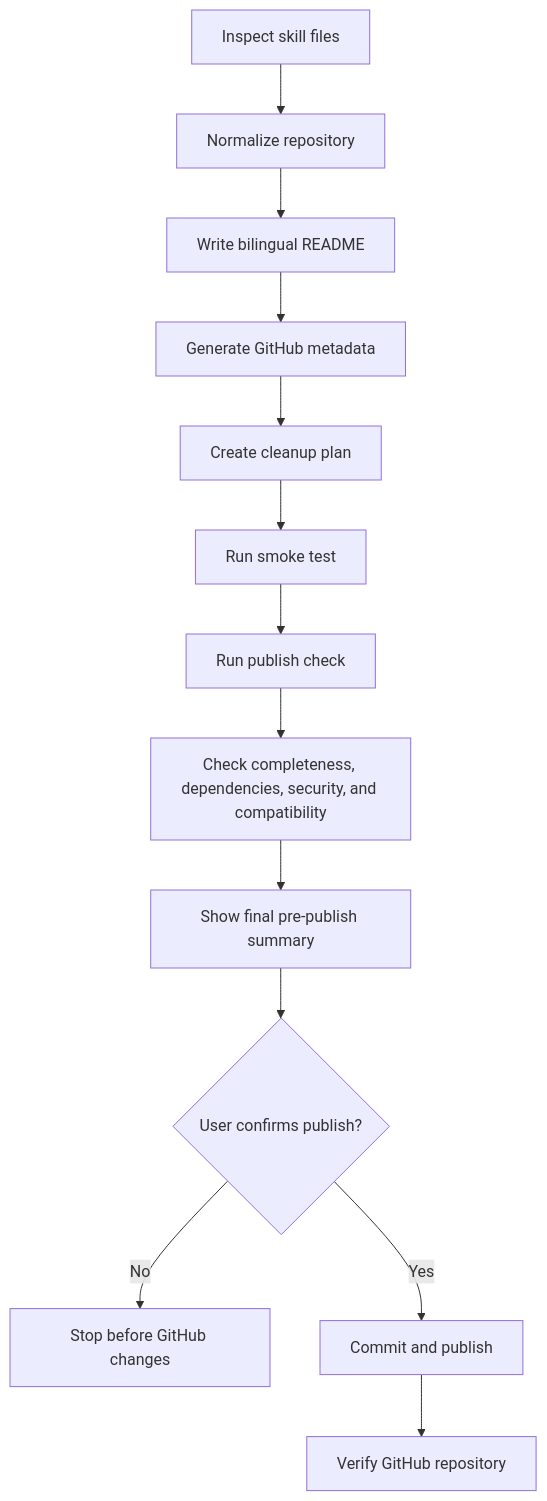
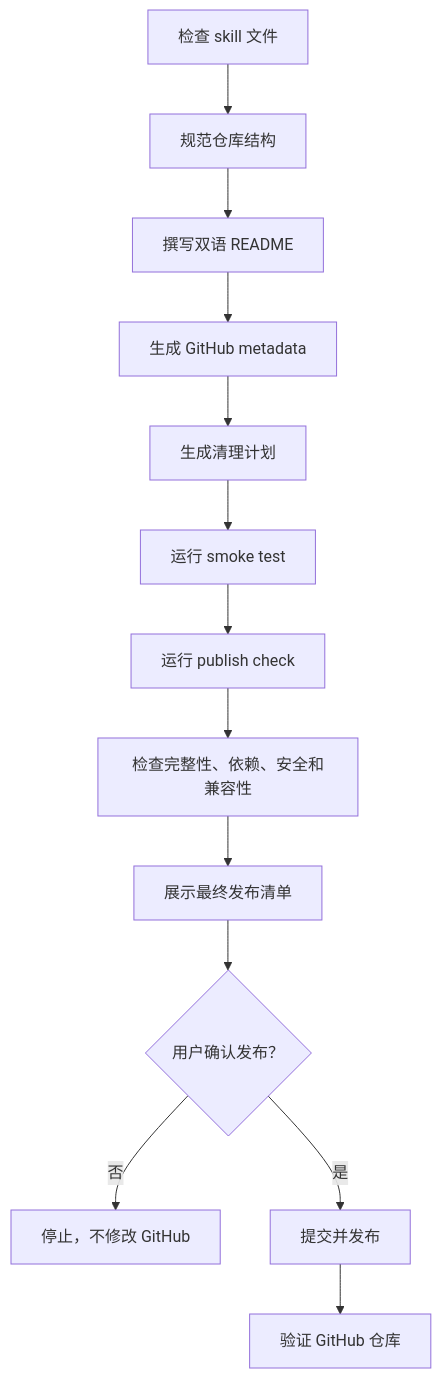
Before and after one commit to chemny/GitHub-skill-publisher: the diagram in README.md, drawn with Mermaid. The commit also changed other lines of this file and 18 other files, not shown here.

````diff
--- a/README.md
+++ b/README.md
@@ -104,15 +103,15 @@
 ```mermaid
 flowchart TD
-    A["Inspect skill files"] --> B["Normalize repository"]
-    B --> C["Write bilingual README"]
-    C --> D["Generate GitHub metadata"]
-    D --> E["Create cleanup plan"]
-    E --> F["Run smoke test"]
-    F --> G["Run publish check"]
-    G --> H["Check completeness, dependencies, security, and compatibility"]
-    H --> I["Show final pre-publish summary"]
-    I --> J{"User confirms publish?"}
-    J -- "No" --> K["Stop before GitHub changes"]
-    J -- "Yes" --> L["Commit and publish"]
-    L --> M["Verify GitHub repository"]
+    A["检查 skill 文件"] --> B["规范仓库结构"]
+    B --> C["撰写双语 README"]
+    C --> D["生成 GitHub metadata"]
+    D --> E["生成清理计划"]
+    E --> F["运行 smoke test"]
+    F --> G["运行 publish check"]
+    G --> H["检查完整性、依赖、安全和兼容性"]
+    H --> I["展示最终发布清单"]
+    I --> J{"用户确认发布？"}
+    J -- "否" --> K["停止，不修改 GitHub"]
+    J -- "是" --> L["提交并发布"]
+    L --> M["验证 GitHub 仓库"]
 ```
````
